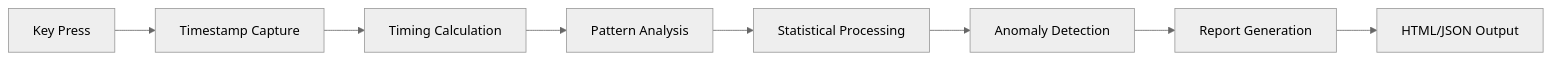
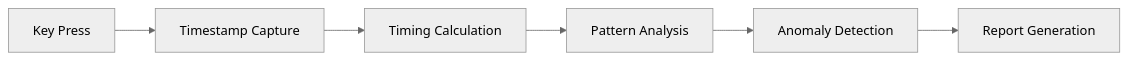
Before and after one commit to notfawadmir/Keylogger: the diagram in README.md, drawn with Mermaid (neutral theme). The commit also changed other lines of this file, not shown here.

````diff
--- a/README.md
+++ b/README.md
@@ -85,10 +71,4 @@
 ```mermaid
 graph LR
-    A[Key Press] --> B[Timestamp Capture]
-    B --> C[Timing Calculation]
-    C --> D[Pattern Analysis]
-    D --> E[Statistical Processing]
-    E --> F[Anomaly Detection]
-    F --> G[Report Generation]
-    G --> H[HTML/JSON Output]
+A[Key Press] --> B[Timestamp Capture] --> C[Timing Calculation] --> D[Pattern Analysis] --> E[Anomaly Detection] --> F[Report Generation]
 ```
````
